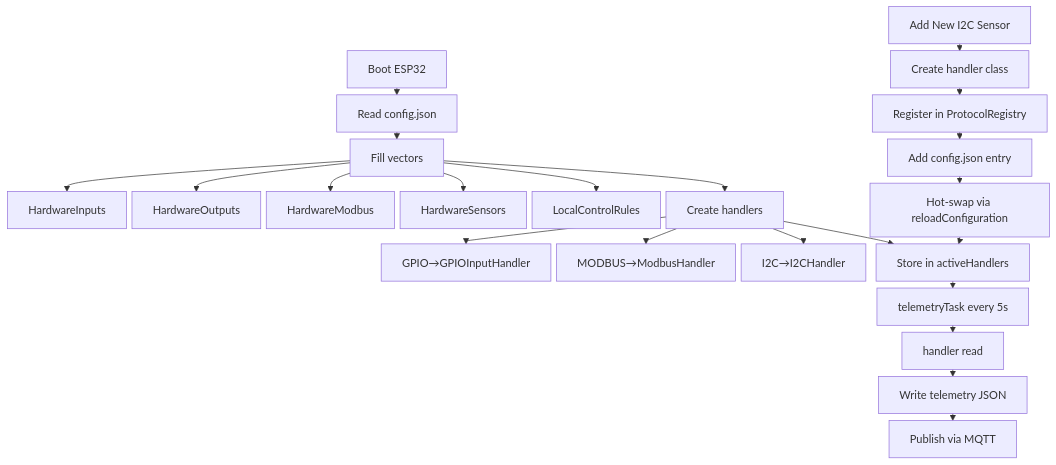
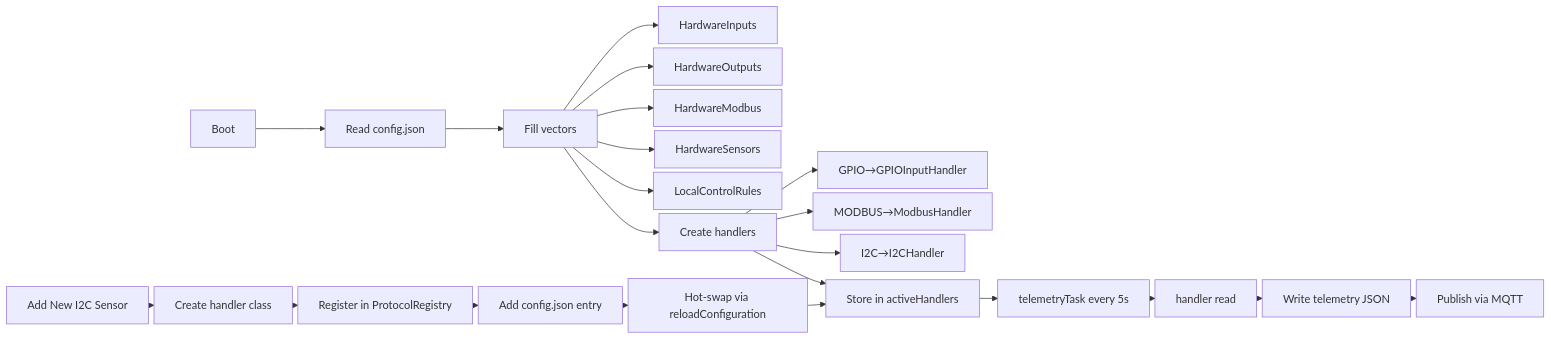
One commit to Rezen351/enyx-enterprise changed diagram 12 of 26 in docs/bab3.md. Above: the diagram before and after it, drawn with Mermaid.

Commit message:
docs: further compact configuration-driven flowchart with smaller spacing and LR layout

````diff
--- a/docs/bab3.md
+++ b/docs/bab3.md
@@ -1311,25 +1311,25 @@
 ```mermaid
-%%{init: {'flowchart': {'nodeSpacing': 8, 'rankSpacing': 10, 'fontSize': 14}}}%%
-flowchart TD
-    A[Boot ESP32] --> B[Read config.json]
+%%{init: {'flowchart': {'nodeSpacing': 6, 'rankSpacing': 8, 'fontSize': 13}}}%%
+flowchart LR
+    A[Boot] --> B[Read config.json]
     B --> C[Fill vectors]
     C --> C1[HardwareInputs]
     C --> C2[HardwareOutputs]
     C --> C3[HardwareModbus]
     C --> C4[HardwareSensors]
     C --> C5[LocalControlRules]
     C --> D[Create handlers]
     D --> D1[GPIO→GPIOInputHandler]
     D --> D2[MODBUS→ModbusHandler]
     D --> D3[I2C→I2CHandler]
     D --> E[Store in activeHandlers]
     E --> F[telemetryTask every 5s]
     F --> G[handler read]
     G --> H[Write telemetry JSON]
     H --> I[Publish via MQTT]
     J[Add New I2C Sensor] --> K[Create handler class]
     K --> L[Register in ProtocolRegistry]
     L --> M[Add config.json entry]
     M --> N[Hot-swap via reloadConfiguration]
     N --> E
 ```
````
